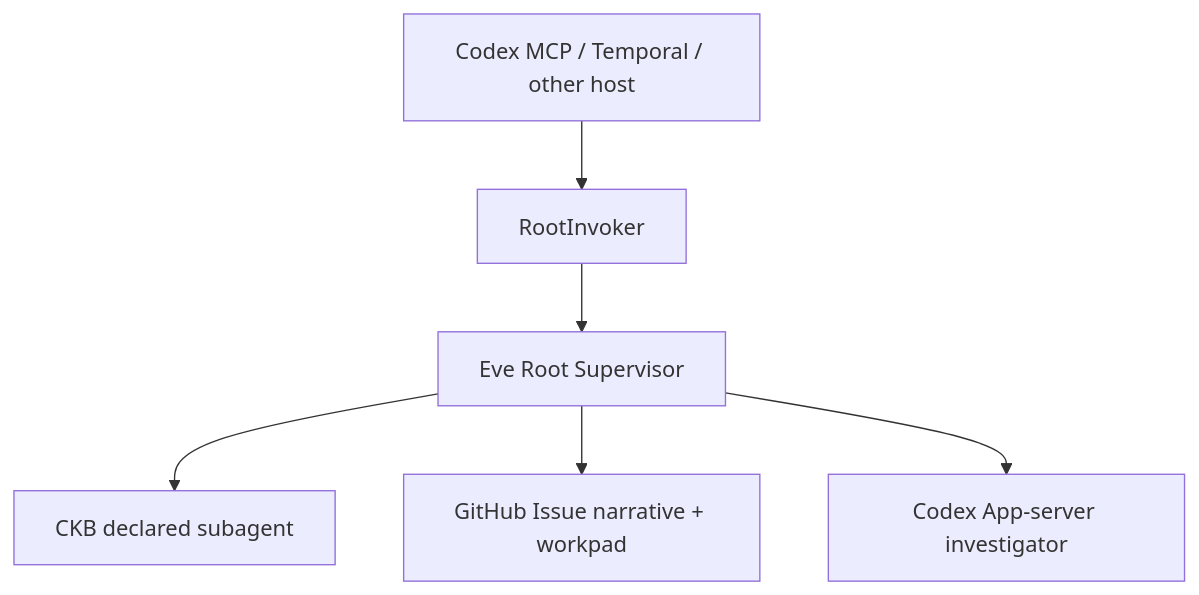
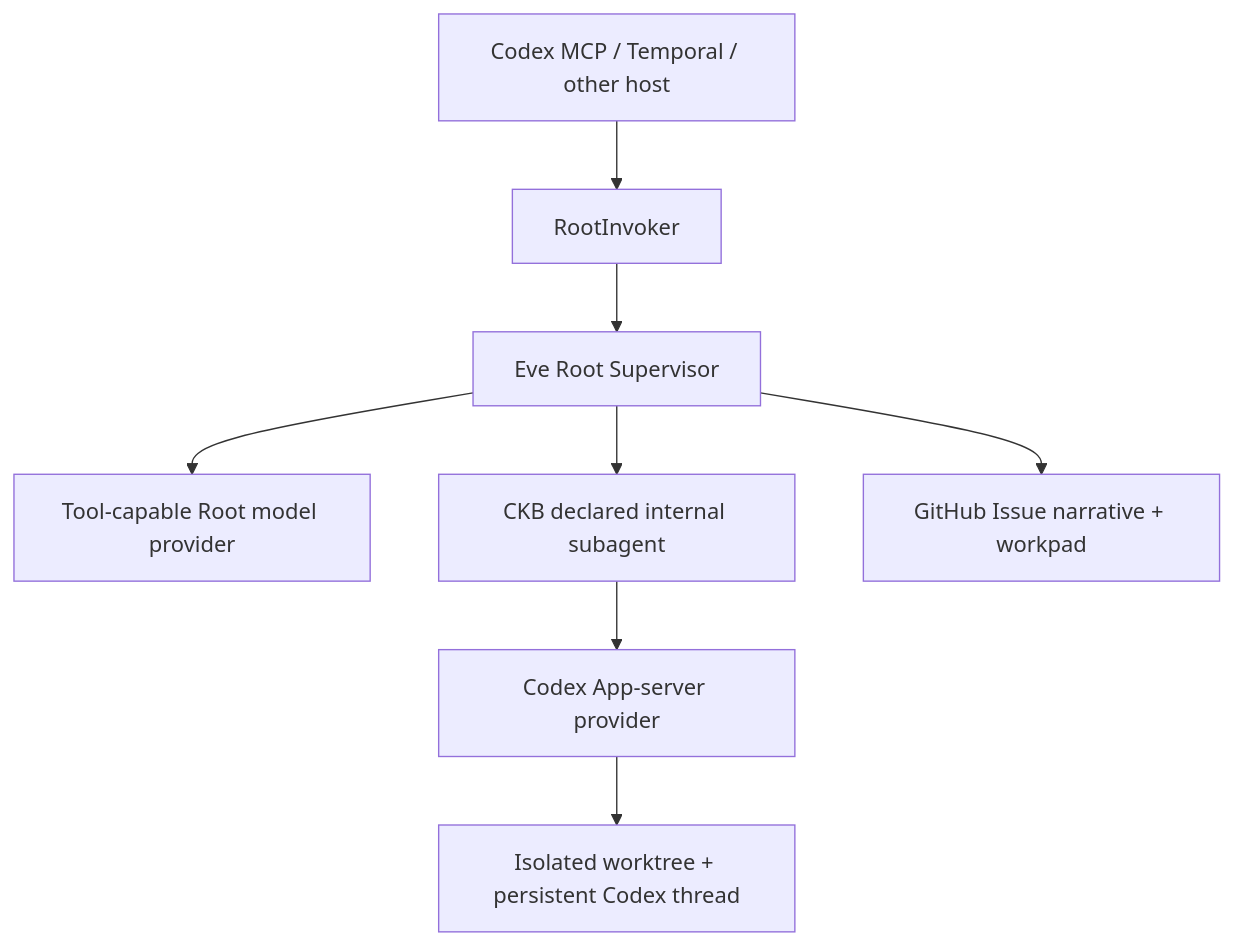
One commit to Alive24/FailureReport changed the diagram in README.md. Above: the diagram before and after it, drawn with Mermaid. The commit also changed other lines of this file and 34 other files, not shown here.

Commit message:
feat: split Eve Root and Codex CKB runtime

````diff
--- a/README.md
+++ b/README.md
@@ -9,8 +13,10 @@
 ```mermaid
 flowchart TD
   M["Codex MCP / Temporal / other host"] --> P["RootInvoker"]
   P --> E["Eve Root Supervisor"]
-  E --> C["CKB declared subagent"]
+  E --> R["Tool-capable Root model provider"]
+  E --> C["CKB declared internal subagent"]
   E --> I["GitHub Issue narrative + workpad"]
-  E --> A["Codex App-server investigator"]
+  C --> A["Codex App-server provider"]
+  A --> W["Isolated worktree + persistent Codex thread"]
 ```
````
